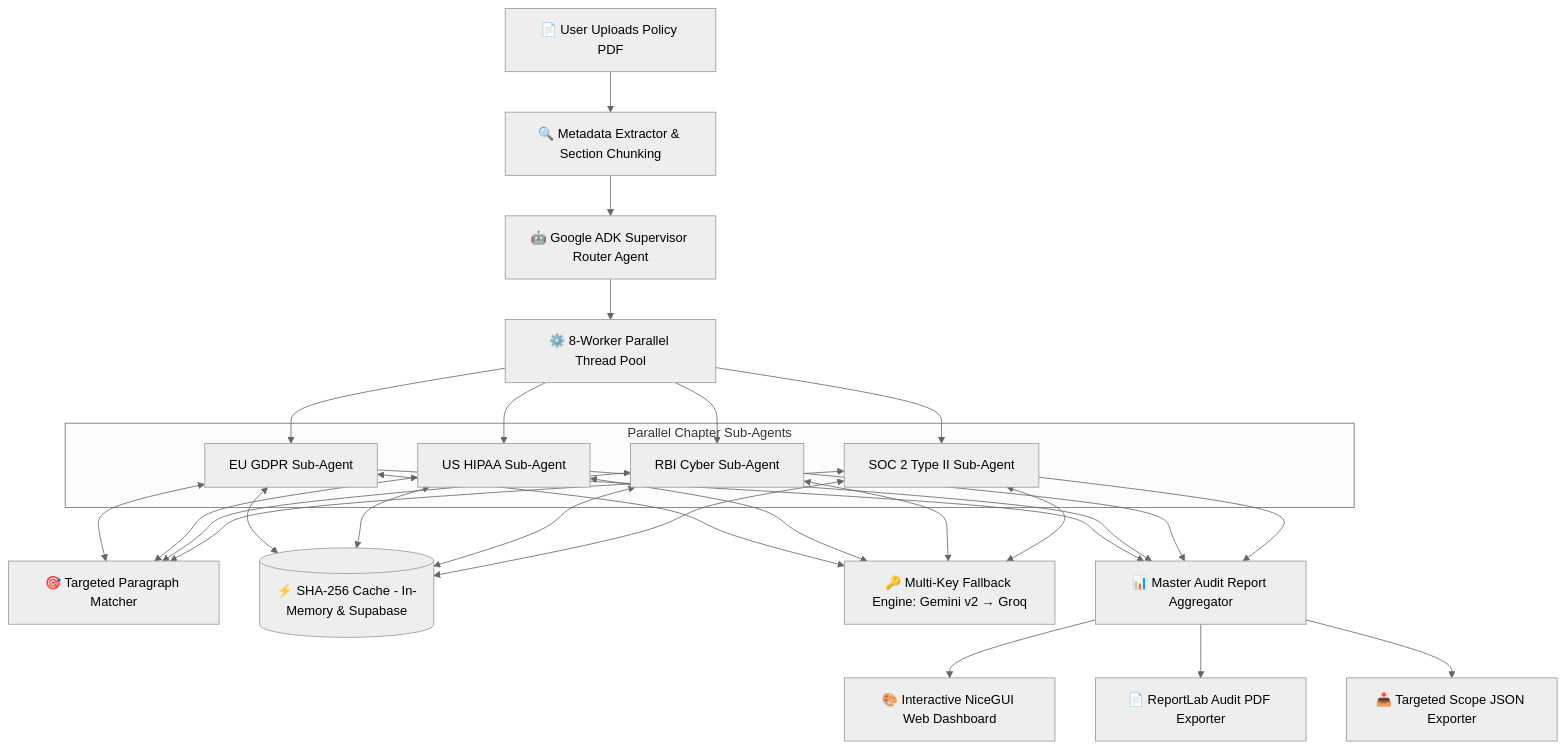
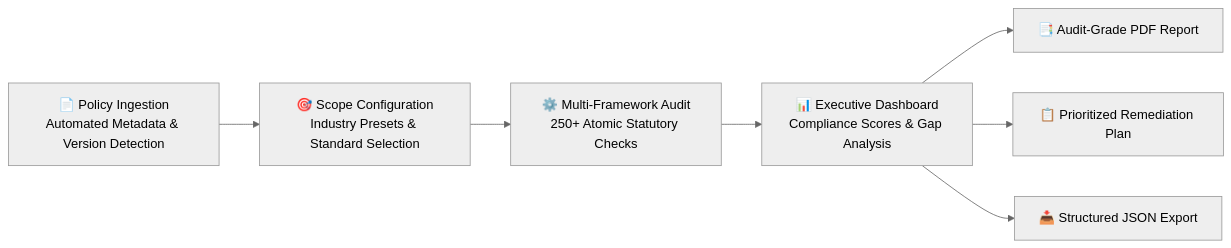
Before and after one commit to YashVaswani/LexMesh: the diagram in README.md, drawn with Mermaid (neutral theme). The commit also changed other lines of this file, not shown here.

````diff
--- a/README.md
+++ b/README.md
@@ -43,25 +74,9 @@
 ```mermaid
-flowchart TD
-    A[📄 User Uploads Policy PDF] --> B[🔍 Metadata Extractor & Section Chunking]
-    B --> C[🤖 Google ADK Supervisor Router Agent]
-    C --> D[⚙️ 8-Worker Parallel Thread Pool]
-    
-    subgraph ParallelSubAgents [Parallel Chapter Sub-Agents]
-        E1[EU GDPR Sub-Agent]
-        E2[US HIPAA Sub-Agent]
-        E3[RBI Cyber Sub-Agent]
-        E4[SOC 2 Type II Sub-Agent]
-    end
-    
-    D --> E1 & E2 & E3 & E4
-    
-    E1 & E2 & E3 & E4 <--> F[🎯 Targeted Paragraph Matcher]
-    E1 & E2 & E3 & E4 <--> G[(⚡ SHA-256 Cache - In-Memory & Supabase)]
-    E1 & E2 & E3 & E4 <--> H[🔑 Multi-Key Fallback Engine: Gemini v2 → Groq]
-    
-    E1 & E2 & E3 & E4 --> I[📊 Master Audit Report Aggregator]
-    
-    I --> J[🎨 Interactive NiceGUI Web Dashboard]
-    I --> K[📄 ReportLab Audit PDF Exporter]
-    I --> L[📥 Targeted Scope JSON Exporter]
+flowchart LR
+    A[📄 Policy Ingestion<br/>Automated Metadata & Version Detection] --> B[🎯 Scope Configuration<br/>Industry Presets & Standard Selection]
+    B --> C[⚙️ Multi-Framework Audit<br/>250+ Atomic Statutory Checks]
+    C --> D[📊 Executive Dashboard<br/>Compliance Scores & Gap Analysis]
+    D --> E1[📑 Audit-Grade PDF Report]
+    D --> E2[📋 Prioritized Remediation Plan]
+    D --> E3[📥 Structured JSON Export]
 ```
````
